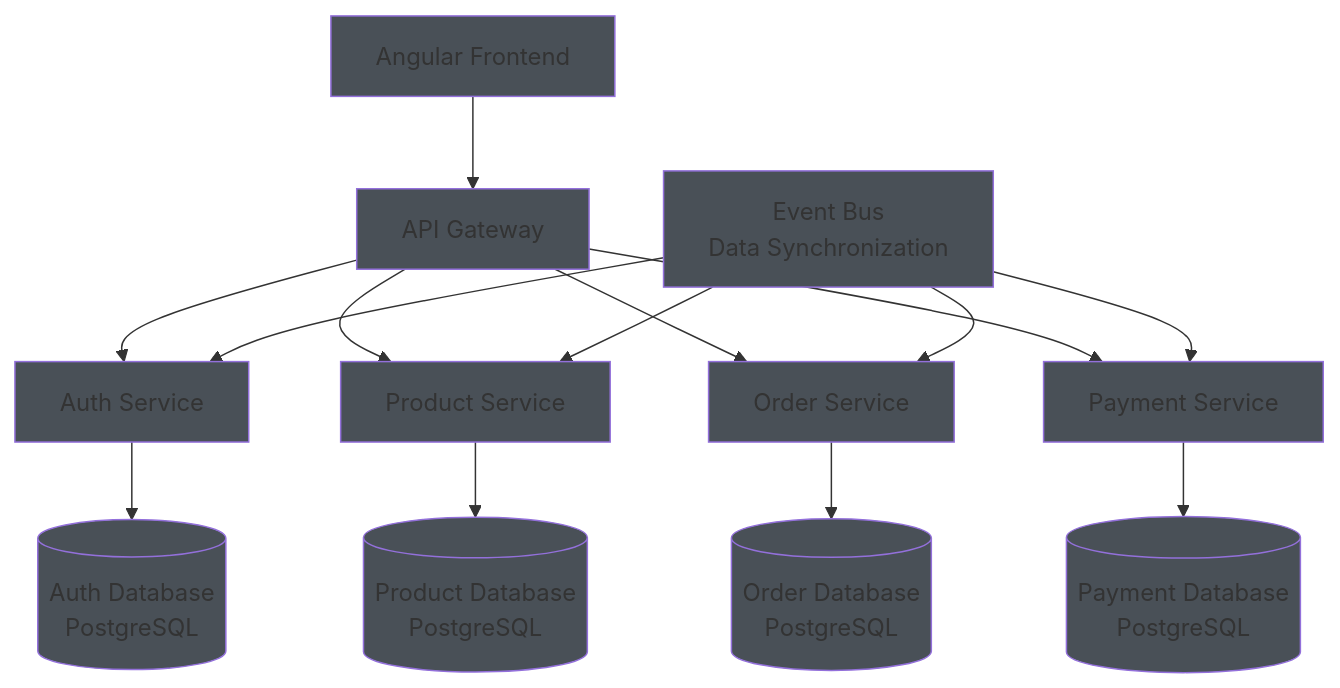
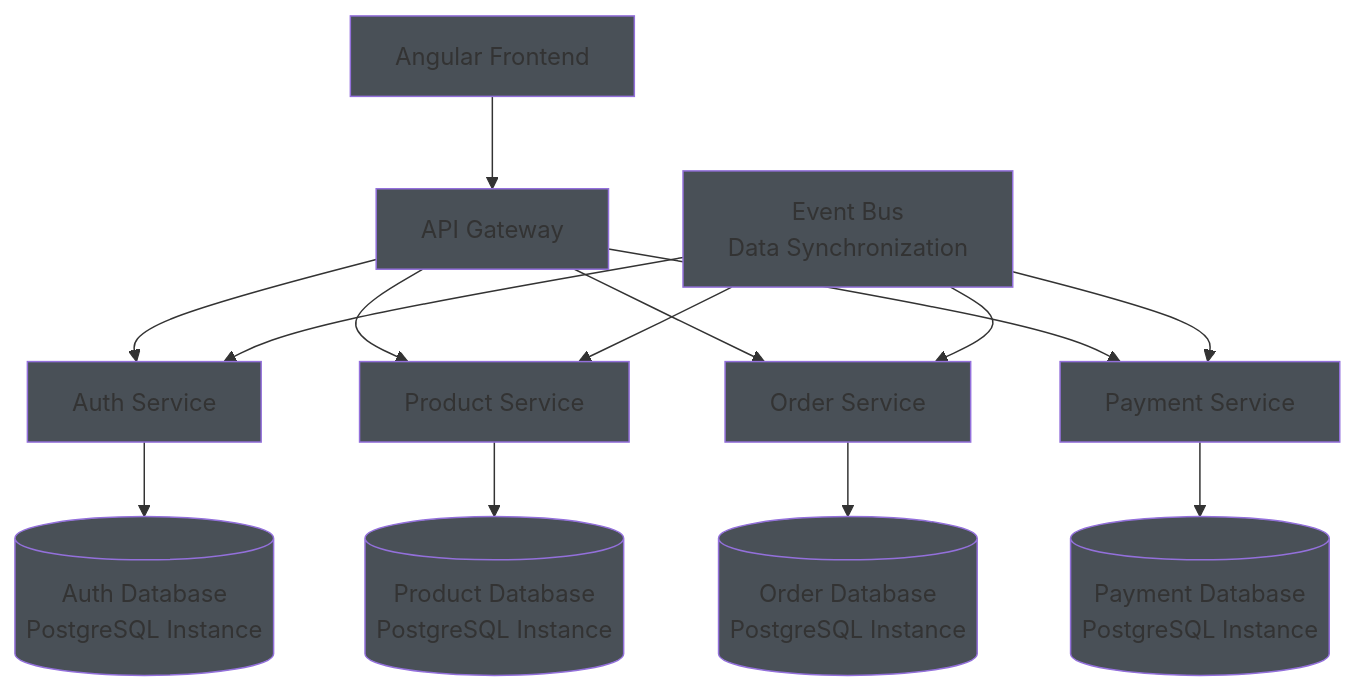
The second of 8 diagrams in database-architecture-patterns.md (nayanvithanage/code_20-architecture-practice), drawn with Mermaid before and after one commit. The commit also changed other lines of this file and 3 other files, not shown here.

Commit message:
refactor: update PostgreSQL terminology to enhance clarity across architecture documentation

````diff
--- a/database-architecture-patterns.md
+++ b/database-architecture-patterns.md
@@ -68,30 +68,30 @@
 ```mermaid
 graph TD
     A[Angular Frontend] --> B[API Gateway]
     B --> C[Auth Service]
     B --> D[Product Service]
     B --> E[Order Service]
     B --> F[Payment Service]
     
-    C --> G[(Auth Database<br/>PostgreSQL)]
-    D --> H[(Product Database<br/>PostgreSQL)]
-    E --> I[(Order Database<br/>PostgreSQL)]
-    F --> J[(Payment Database<br/>PostgreSQL)]
+    C --> G[(Auth Database<br/>PostgreSQL Instance)]
+    D --> H[(Product Database<br/>PostgreSQL Instance)]
+    E --> I[(Order Database<br/>PostgreSQL Instance)]
+    F --> J[(Payment Database<br/>PostgreSQL Instance)]
     
     K[Event Bus<br/>Data Synchronization] --> C
     K --> D
     K --> E
     K --> F
     
     style A fill:#495057
     style B fill:#495057
     style C fill:#495057
     style D fill:#495057
     style E fill:#495057
     style F fill:#495057
     style G fill:#495057
     style H fill:#495057
     style I fill:#495057
     style J fill:#495057
     style K fill:#495057
 ```
````
